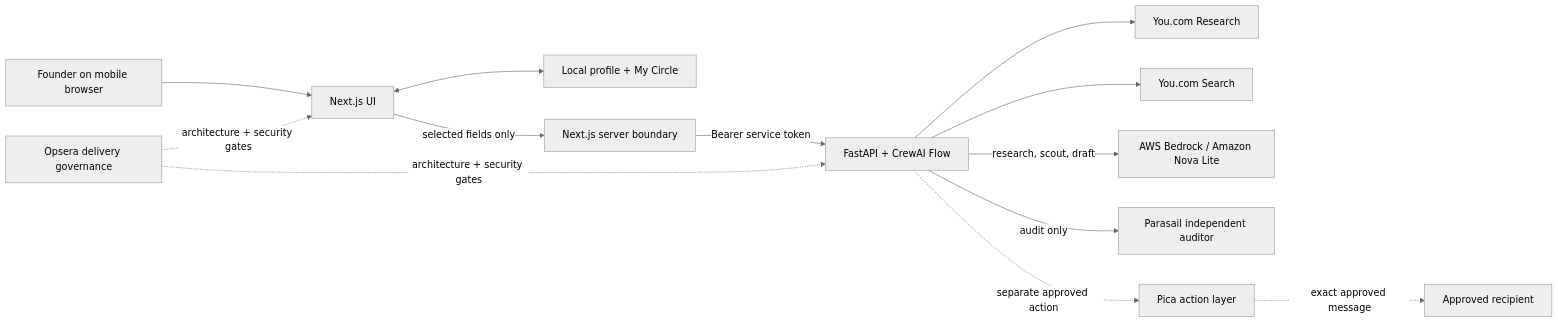
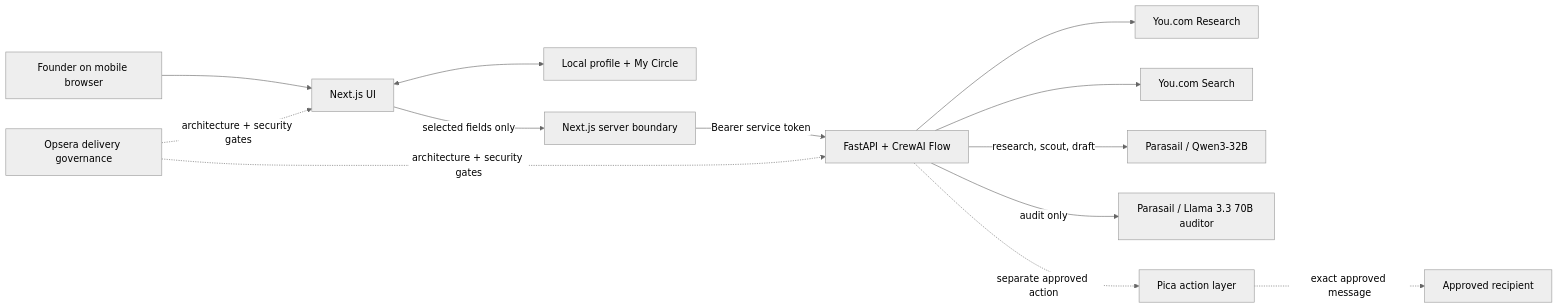
One commit to stevenknowswhy/event-icebreaker changed the diagram in docs/architecture.md. Above: the diagram before and after it, drawn with Mermaid (neutral theme). The commit also changed other lines of this file and 12 other files, not shown here.

````diff
--- a/docs/architecture.md
+++ b/docs/architecture.md
@@ -5,28 +5,28 @@
 ```mermaid
 flowchart LR
   Founder["Founder on mobile browser"]
   Local["Local profile + My Circle"]
   Web["Next.js UI"]
   Proxy["Next.js server boundary"]
   Flow["FastAPI + CrewAI Flow"]
   YouR["You.com Research"]
   YouS["You.com Search"]
-  Bedrock["AWS Bedrock / Amazon Nova Lite"]
-  Parasail["Parasail independent auditor"]
+  ParasailGeneral["Parasail / Qwen3-32B"]
+  ParasailAudit["Parasail / Llama 3.3 70B auditor"]
   Pica["Pica action layer"]
   Recipient["Approved recipient"]
   Opsera["Opsera delivery governance"]
 
   Founder --> Web
   Web <--> Local
   Web -->|"selected fields only"| Proxy
   Proxy -->|"Bearer service token"| Flow
   Flow --> YouR
   Flow --> YouS
-  Flow -->|"research, scout, draft"| Bedrock
-  Flow -->|"audit only"| Parasail
+  Flow -->|"research, scout, draft"| ParasailGeneral
+  Flow -->|"audit only"| ParasailAudit
   Flow -. "separate approved action" .-> Pica
   Pica -. "exact approved message" .-> Recipient
   Opsera -. "architecture + security gates" .-> Web
   Opsera -. "architecture + security gates" .-> Flow
 ```
````
